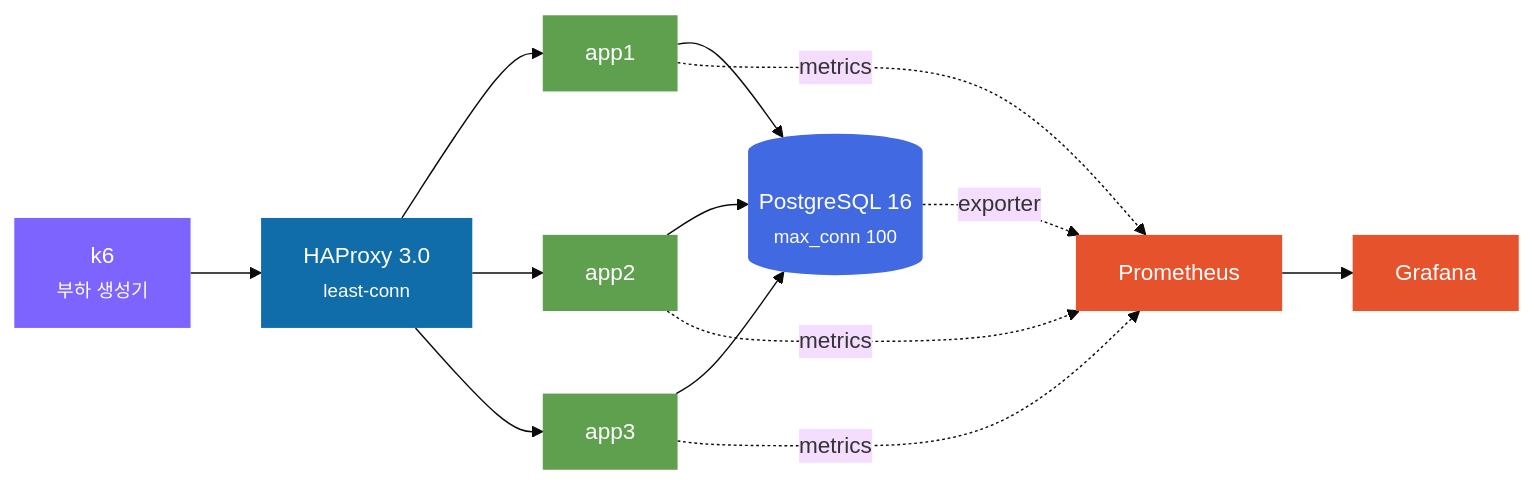
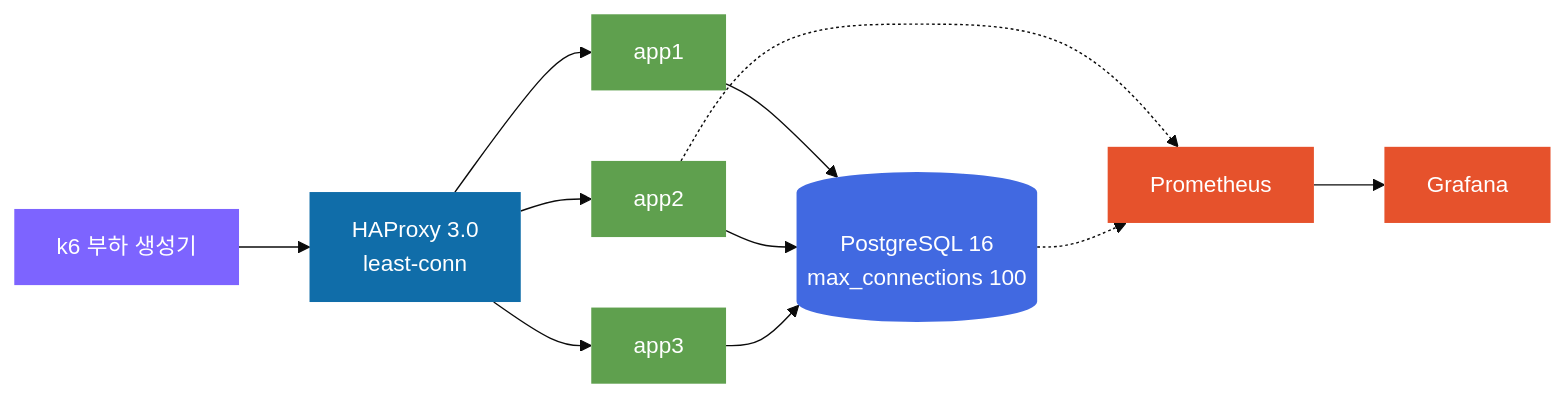
One commit to Jin-s-work/load-simulation changed the diagram in README.md. Above: the diagram before and after it, drawn with Mermaid (base theme). The commit also changed other lines of this file, not shown here.

Commit message:
문서: README 렌더링 문제 두 건 수정
GitHub 에서 실제로 렌더해 보고 찾은 것들이다.

- 작업 규칙 4개가 한 문단으로 뭉쳐 나왔다. 인용문 안의 연속된 줄은
  markdown 이 한 문단으로 합친다. 번호 목록으로 바꿔 각 항목이 분리되게 했다.
- mermaid 다이어그램이 "Loading" 에서 멈췄다. 노드 라벨의 <small> 태그를 걷어내고
  & 체이닝을 개별 화살표로 풀었다. classDef 의 stroke:none 도 stroke-width:0px 로 바꿨다.

````diff
--- a/README.md
+++ b/README.md
@@ -62,24 +66,28 @@
 ```mermaid
 flowchart LR
-    k6["k6<br/><small>부하 생성기</small>"]:::gen
-    HA["HAProxy 3.0<br/><small>least-conn</small>"]:::lb
+    k6["k6 부하 생성기"]:::gen
+    HA["HAProxy 3.0<br/>least-conn"]:::lb
     A1["app1"]:::app
     A2["app2"]:::app
     A3["app3"]:::app
-    PG[("PostgreSQL 16<br/><small>max_conn 100</small>")]:::db
+    PG[("PostgreSQL 16<br/>max_connections 100")]:::db
     PR["Prometheus"]:::obs
     GF["Grafana"]:::obs
 
     k6 --> HA
-    HA --> A1 & A2 & A3
-    A1 & A2 & A3 --> PG
-    A1 & A2 & A3 -.->|metrics| PR
-    PG -.->|exporter| PR
+    HA --> A1
+    HA --> A2
+    HA --> A3
+    A1 --> PG
+    A2 --> PG
+    A3 --> PG
+    A2 -.-> PR
+    PG -.-> PR
     PR --> GF
 
-    classDef gen fill:#7D64FF,stroke:none,color:#fff
-    classDef lb fill:#106DA9,stroke:none,color:#fff
-    classDef app fill:#5FA04E,stroke:none,color:#fff
-    classDef db fill:#4169E1,stroke:none,color:#fff
-    classDef obs fill:#E6522C,stroke:none,color:#fff
+    classDef gen fill:#7D64FF,color:#ffffff,stroke-width:0px
+    classDef lb fill:#106DA9,color:#ffffff,stroke-width:0px
+    classDef app fill:#5FA04E,color:#ffffff,stroke-width:0px
+    classDef db fill:#4169E1,color:#ffffff,stroke-width:0px
+    classDef obs fill:#E6522C,color:#ffffff,stroke-width:0px
 ```
````
